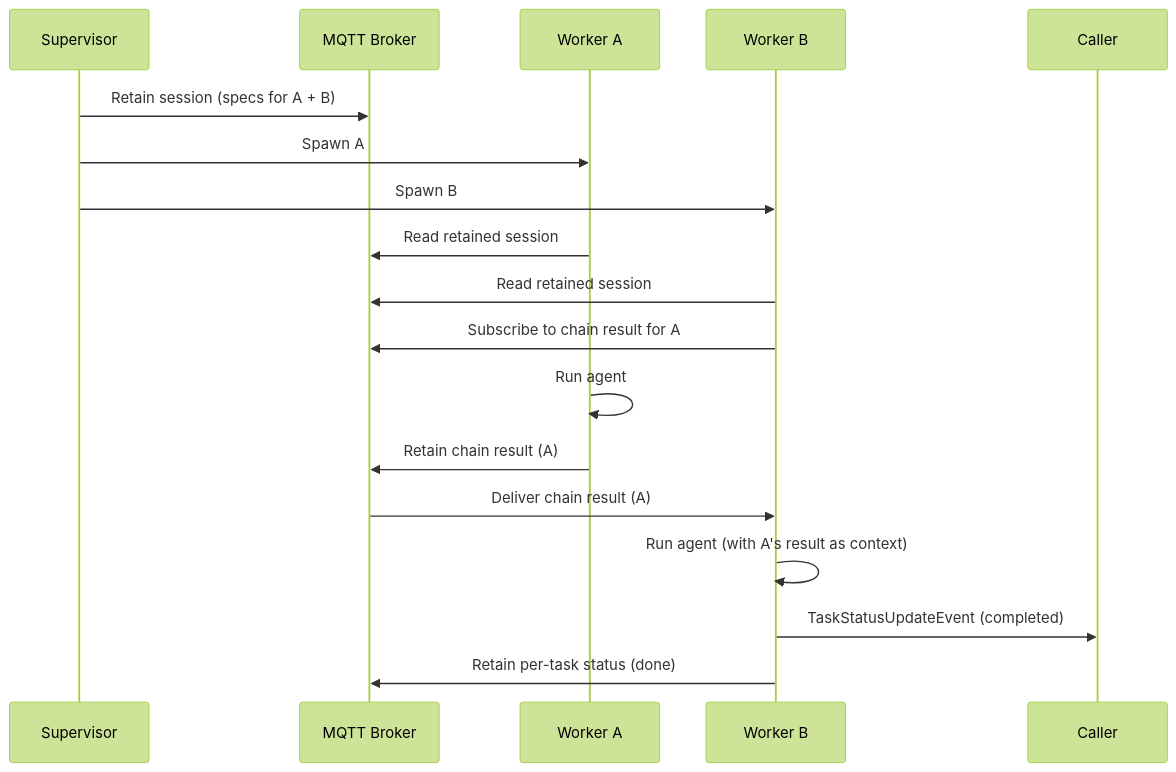
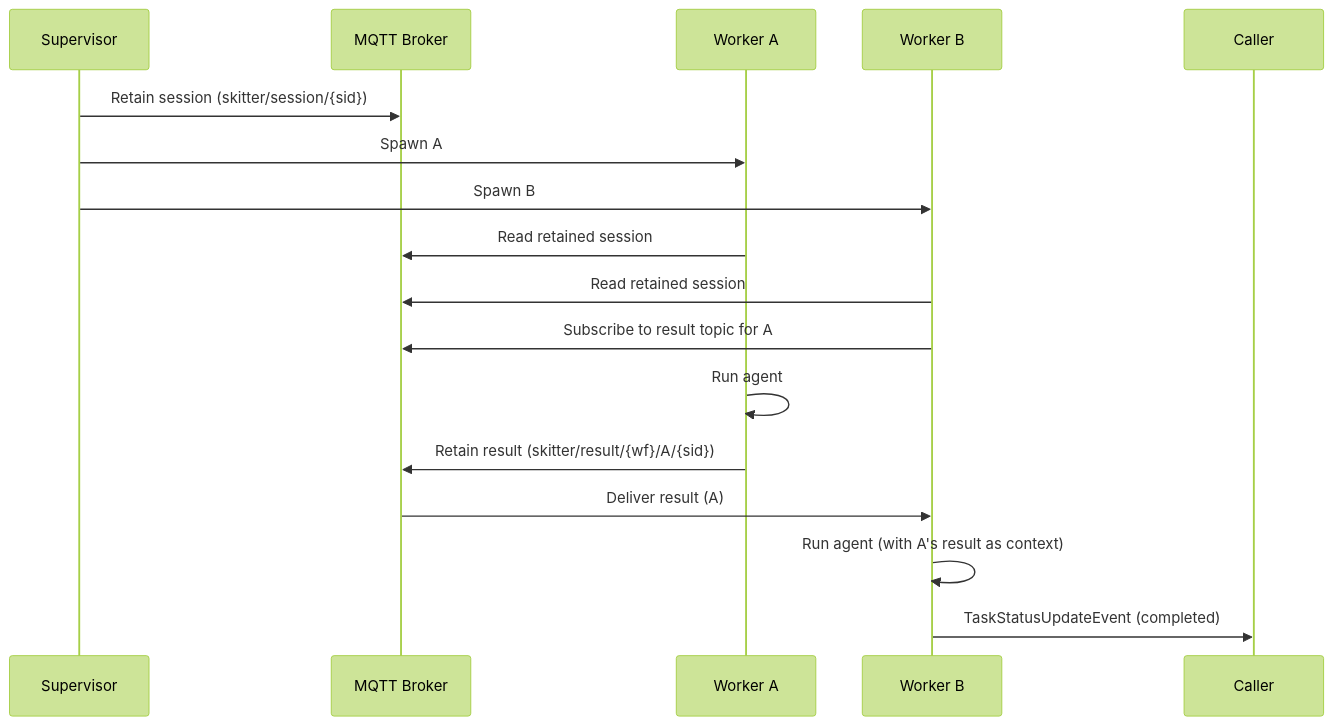
The second of 3 diagrams in docs/architecture.md (id/skitter), drawn with Mermaid (forest theme) before and after one commit. The commit also changed other lines of this file and 17 other files, not shown here.

````diff
--- a/docs/architecture.md
+++ b/docs/architecture.md
@@ -68,20 +79,19 @@
 ```mermaid
 sequenceDiagram
     participant S as Supervisor
     participant B as MQTT Broker
     participant W1 as Worker A
     participant W2 as Worker B
 
-    S->>B: Retain session (specs for A + B)
+    S->>B: Retain session (skitter/session/{sid})
     S->>W1: Spawn A
     S->>W2: Spawn B
     W1->>B: Read retained session
     W2->>B: Read retained session
-    W2->>B: Subscribe to chain result for A
+    W2->>B: Subscribe to result topic for A
     W1->>W1: Run agent
-    W1->>B: Retain chain result (A)
-    B->>W2: Deliver chain result (A)
+    W1->>B: Retain result (skitter/result/{wf}/A/{sid})
+    B->>W2: Deliver result (A)
     W2->>W2: Run agent (with A's result as context)
     W2->>Caller: TaskStatusUpdateEvent (completed)
-    W2->>B: Retain per-task status (done)
 ```
````
